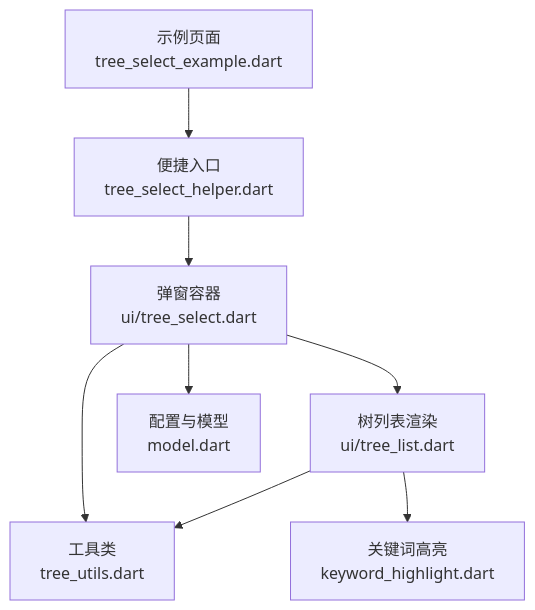
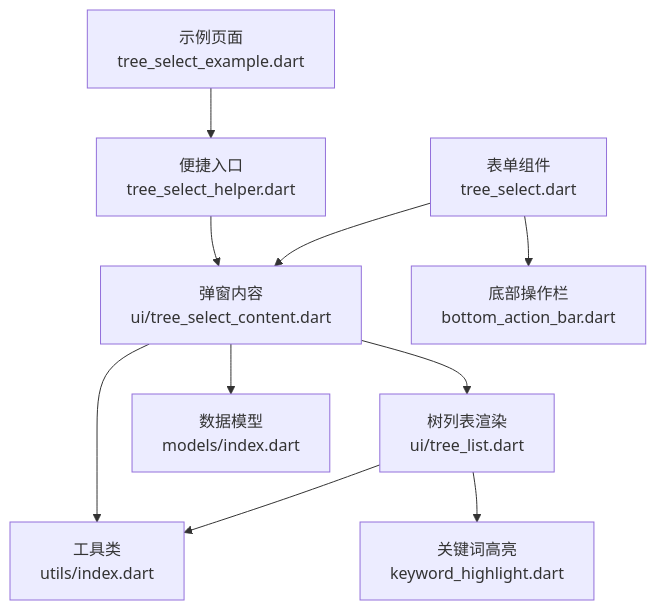
One commit to yuzhido/lite-ui changed the first of 3 diagrams in .qoder/repowiki/zh/content/API 参考/高级组件 API/TreeSelect 树形选择器 API.md. Above: the diagram before and after it, drawn with Mermaid. The commit also changed other lines of this file and 22 other files, not shown here.

````diff
--- a/.qoder/repowiki/zh/content/API 参考/高级组件 API/TreeSelect 树形选择器 API.md
+++ b/.qoder/repowiki/zh/content/API 参考/高级组件 API/TreeSelect 树形选择器 API.md
@@ -32,10 +48,12 @@
 ```mermaid
 graph TB
 A["示例页面<br/>tree_select_example.dart"] --> B["便捷入口<br/>tree_select_helper.dart"]
-B --> C["弹窗容器<br/>ui/tree_select.dart"]
+B --> C["弹窗内容<br/>ui/tree_select_content.dart"]
 C --> D["树列表渲染<br/>ui/tree_list.dart"]
-C --> E["工具类<br/>tree_utils.dart"]
+C --> E["工具类<br/>utils/index.dart"]
 D --> E
-C --> F["配置与模型<br/>model.dart"]
+C --> F["数据模型<br/>models/index.dart"]
 D --> G["关键词高亮<br/>keyword_highlight.dart"]
+H["表单组件<br/>tree_select.dart"] --> C
+H --> I["底部操作栏<br/>bottom_action_bar.dart"]
 ```
````
